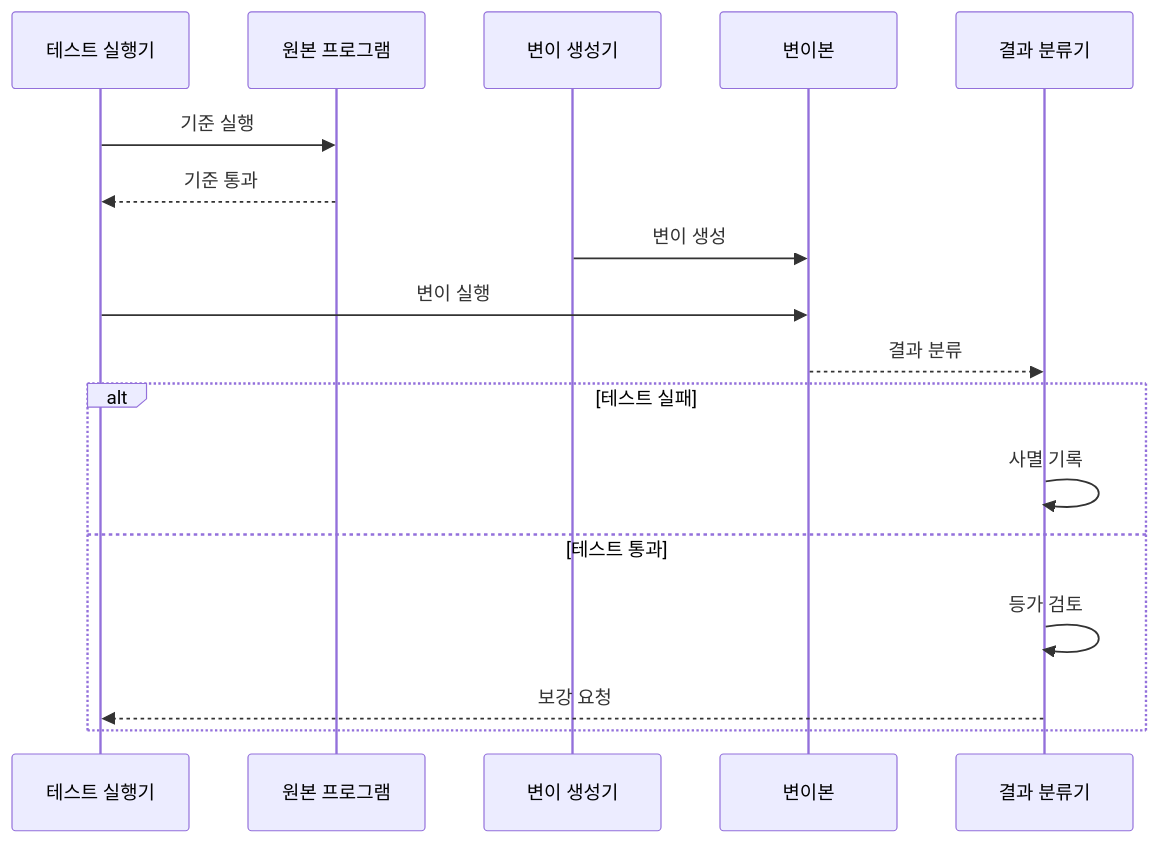
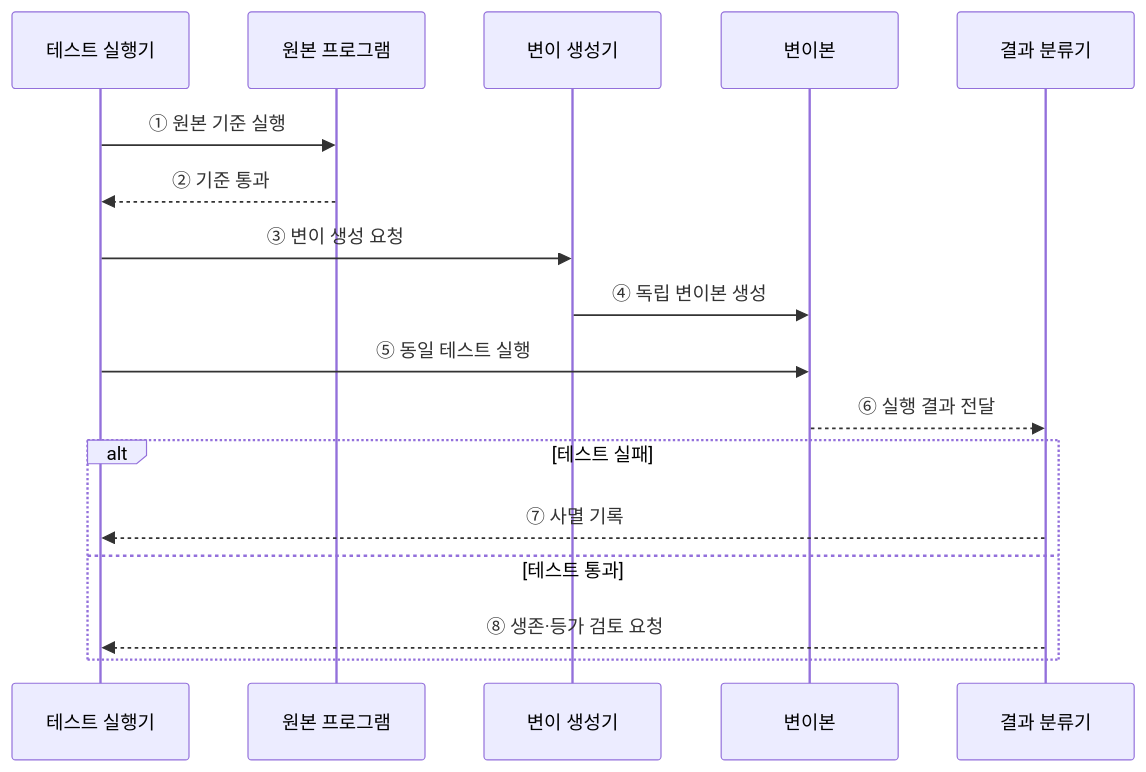
Before and after one commit to agnusdei1207/knowledge-base: the second of 2 diagrams in src/content/docs/notes/03-software/061_mutation_testing.md, drawn with Mermaid. The commit also changed other lines of this file and 20 other files, not shown here.

````diff
--- a/src/content/docs/notes/03-software/061_mutation_testing.md
+++ b/src/content/docs/notes/03-software/061_mutation_testing.md
@@ -90,19 +79,19 @@
 ```mermaid
 sequenceDiagram
     participant R as 테스트 실행기
     participant O as 원본 프로그램
     participant G as 변이 생성기
     participant M as 변이본
     participant C as 결과 분류기
-    R->>O: 기준 실행
-    O-->>R: 기준 통과
-    G->>M: 변이 생성
-    R->>M: 변이 실행
-    M-->>C: 결과 분류
+    R->>O: ① 원본 기준 실행
+    O-->>R: ② 기준 통과
+    R->>G: ③ 변이 생성 요청
+    G->>M: ④ 독립 변이본 생성
+    R->>M: ⑤ 동일 테스트 실행
+    M-->>C: ⑥ 실행 결과 전달
     alt 테스트 실패
-        C->>C: 사멸 기록
+        C-->>R: ⑦ 사멸 기록
     else 테스트 통과
-        C->>C: 등가 검토
-        C-->>R: 보강 요청
+        C-->>R: ⑧ 생존·등가 검토 요청
     end
 ```
````
